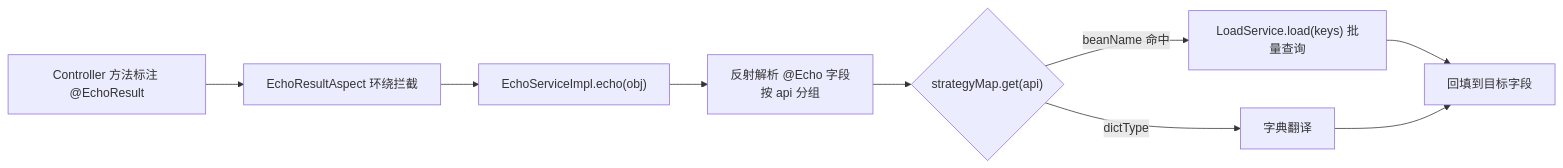
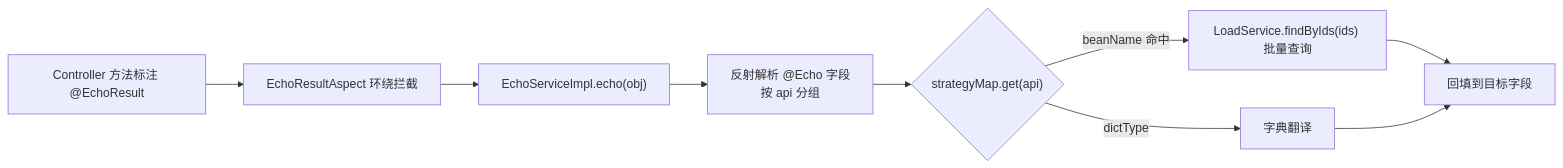
Before and after one commit to henhen6/mdp-docs: the diagram in src/doc/source/mdp-base/md-echo-starter.md, drawn with Mermaid. The commit also changed other lines of this file and 29 other files, not shown here.

````diff
--- a/src/doc/source/mdp-base/md-echo-starter.md
+++ b/src/doc/source/mdp-base/md-echo-starter.md
@@ -38,11 +38,11 @@
 ```mermaid
 flowchart LR
     A["Controller 方法标注 @EchoResult"] --> B["EchoResultAspect 环绕拦截"]
     B --> C["EchoServiceImpl.echo(obj)"]
     C --> D["反射解析 @Echo 字段<br/>按 api 分组"]
     D --> E{"strategyMap.get(api)"}
-    E -->|beanName 命中| F["LoadService.load(keys) 批量查询"]
+    E -->|beanName 命中| F["LoadService.findByIds(ids) 批量查询"]
     E -->|dictType| G["字典翻译"]
     F --> H["回填到目标字段"]
     G --> H
 ```
````
